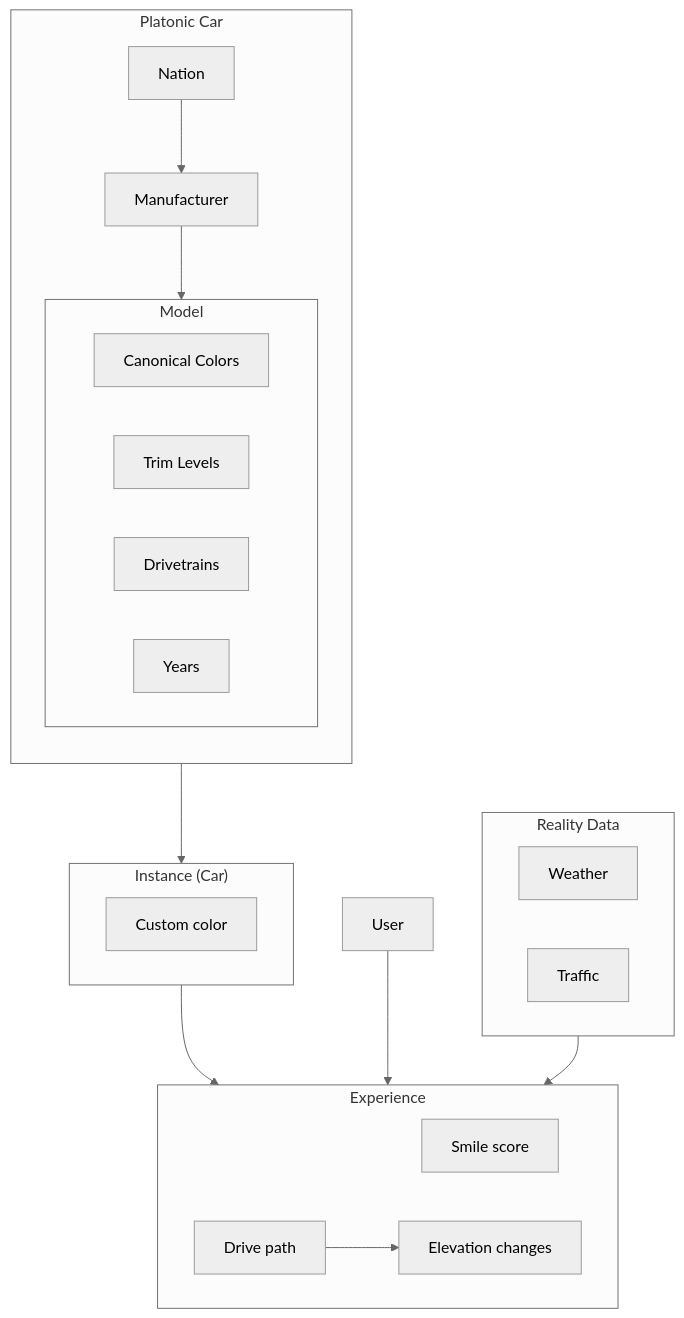
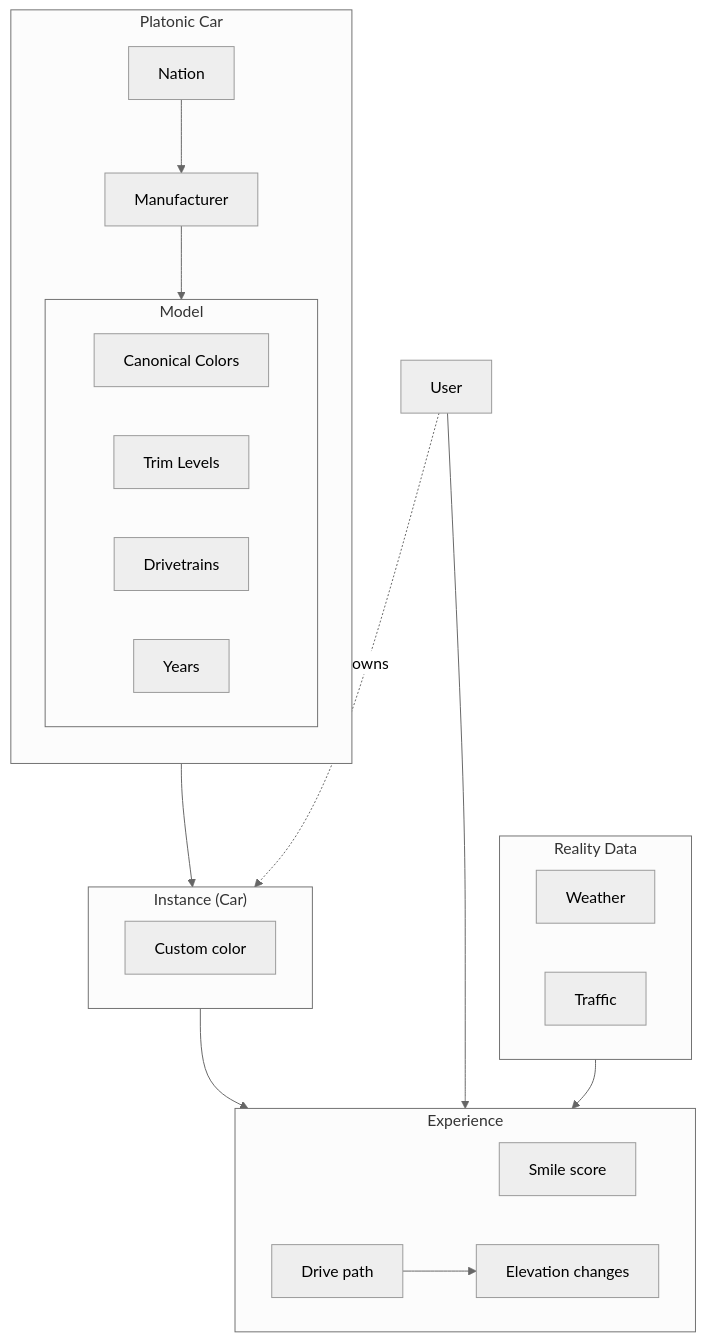
One commit to UUeird/dyno changed the diagram in docs/product.md. Above: the diagram before and after it, drawn with Mermaid (neutral theme).

Commit message:
Restore User owns Instance link in product flow chart

````diff
--- a/docs/product.md
+++ b/docs/product.md
@@ -7,29 +7,30 @@
 ```mermaid
 flowchart TD
     subgraph PlatonicCar["Platonic Car"]
         direction TD
         Nation --> Manufacturer --> Model
         subgraph Model["Model"]
             CanonicalColors["Canonical Colors"]
             Trim["Trim Levels"]
             Drivetrain["Drivetrains"]
             Year["Years"]
         end
     end
     subgraph Instance["Instance (Car)"]
         CustomColor["Custom color"]
     end
     PlatonicCar --> Instance
     subgraph Experience["Experience"]
         SmileScore["Smile score"]
         DrivePath["Drive path"] --> Elevation["Elevation changes"]
     end
     Instance --> Experience
     User --> Experience
+    User -. owns .-> Instance
 
     subgraph RealityData["Reality Data"]
         Weather
         Traffic
     end
     RealityData --> Experience
 ```
````
